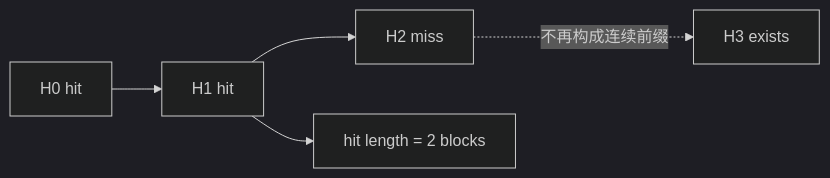
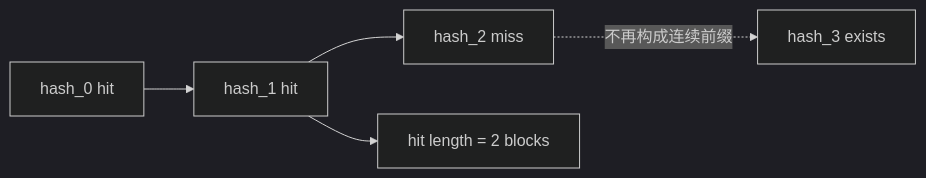
Before and after one commit to cluster1900/vllm_reader: diagram 23 of 36 in book/05-kv-cache/README.md, drawn with Mermaid (dark theme). The commit also changed other lines of this file, not shown here.

First line of the commit message:
docs(ch05): F/D 批次 B4 — 公式模板、推导算例、改名与必做图 (#24)

````diff
--- a/book/05-kv-cache/README.md
+++ b/book/05-kv-cache/README.md
@@ -1129,7 +1389,7 @@
 ```mermaid
 flowchart LR
-    H0[H0 hit] --> H1[H1 hit]
-    H1 --> H2[H2 miss]
-    H2 -. 不再构成连续前缀 .-> H3[H3 exists]
+    H0[hash_0 hit] --> H1[hash_1 hit]
+    H1 --> H2[hash_2 miss]
+    H2 -. 不再构成连续前缀 .-> H3[hash_3 exists]
     H1 --> RESULT[hit length = 2 blocks]
 ```
````
